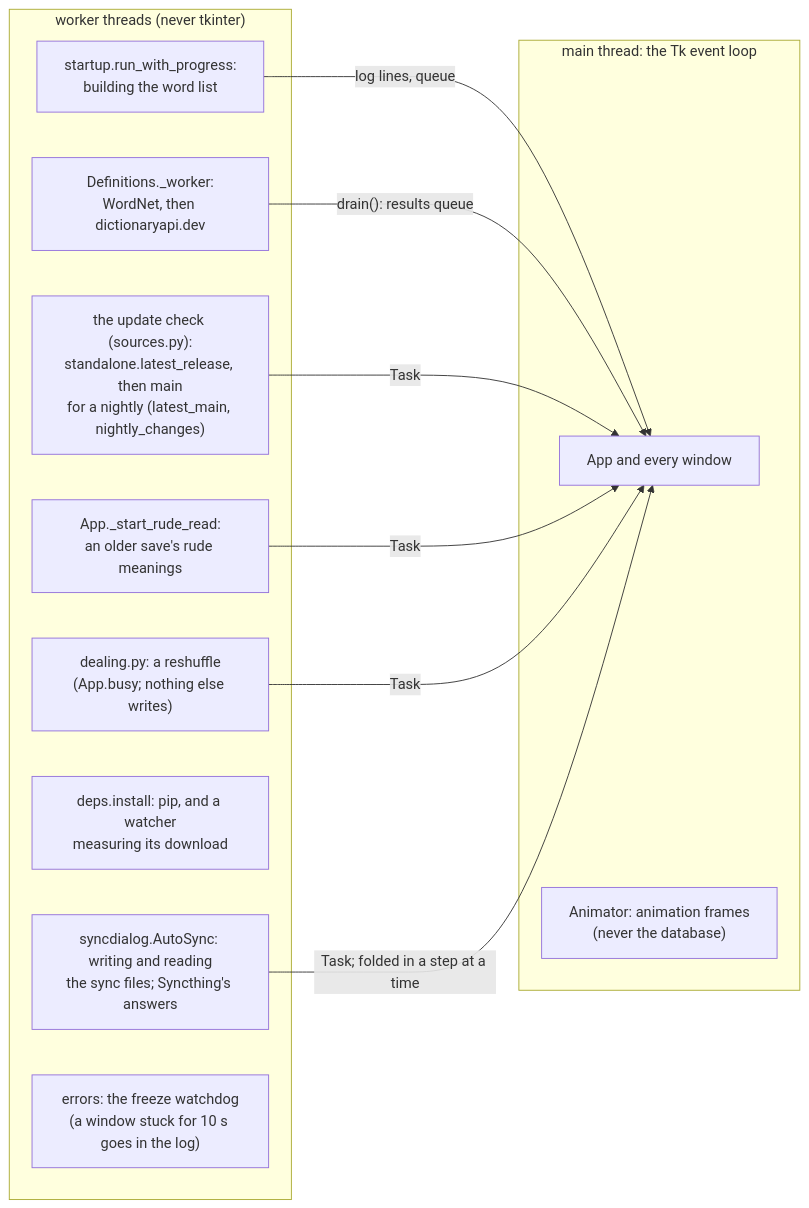
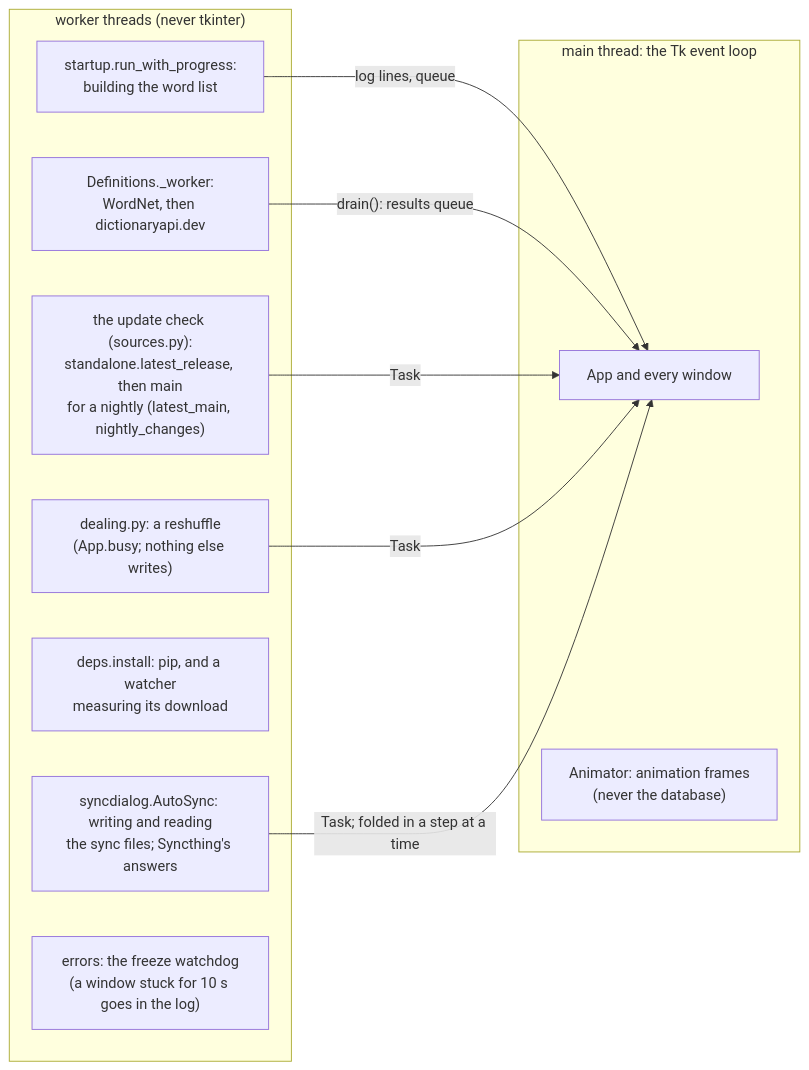
Before and after one commit to kiva-mccr/Word-Tierlister: the seventh of 11 diagrams in DEVELOPERS.md, drawn with Mermaid. The commit also changed other lines of this file and 82 other files, not shown here.

````diff
--- a/DEVELOPERS.md
+++ b/DEVELOPERS.md
@@ -317,23 +304,21 @@
 ```mermaid
 flowchart LR
     subgraph main["main thread: the Tk event loop"]
         App["App and every window"]
         Anim["Animator: animation frames<br/>(never the database)"]
     end
     subgraph workers["worker threads (never tkinter)"]
         Setup["startup.run_with_progress:<br/>building the word list"]
         Defs["Definitions._worker:<br/>WordNet, then dictionaryapi.dev"]
         Upd["the update check (sources.py):<br/>standalone.latest_release, then main<br/>for a nightly (latest_main, nightly_changes)"]
-        RudeRead["App._start_rude_read:<br/>an older save's rude meanings"]
         Deal["dealing.py: a reshuffle<br/>(App.busy; nothing else writes)"]
         Pip["deps.install: pip, and a watcher<br/>measuring its download"]
         Sync["syncdialog.AutoSync: writing and reading<br/>the sync files; Syncthing's answers"]
         Watch["errors: the freeze watchdog<br/>(a window stuck for 10 s goes in the log)"]
     end
     Setup -- "log lines, queue" --> App
     Defs -- "drain(): results queue" --> App
     Upd -- "Task" --> App
-    RudeRead -- "Task" --> App
     Deal -- "Task" --> App
     Sync -- "Task; folded in a step at a time" --> App
 ```
````
